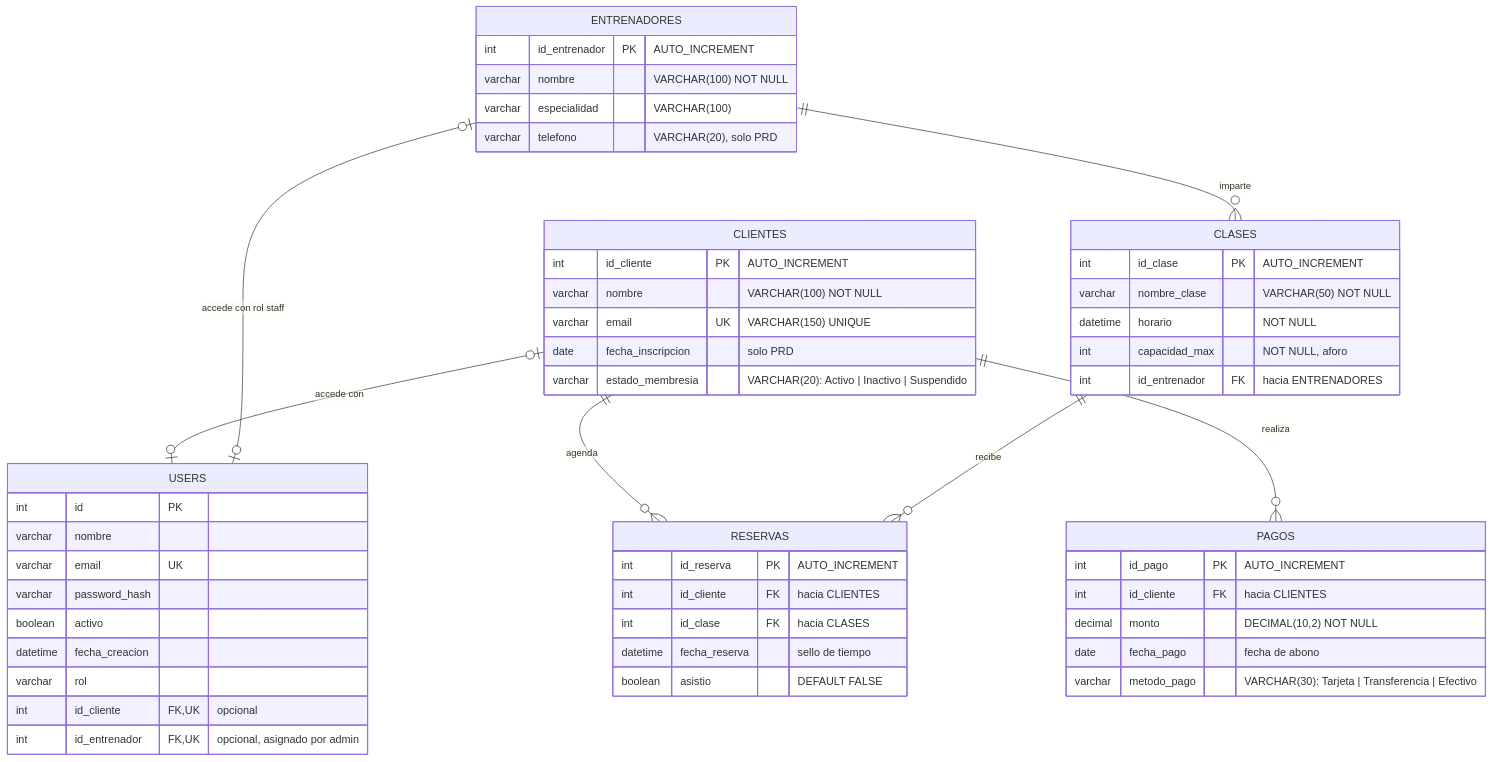
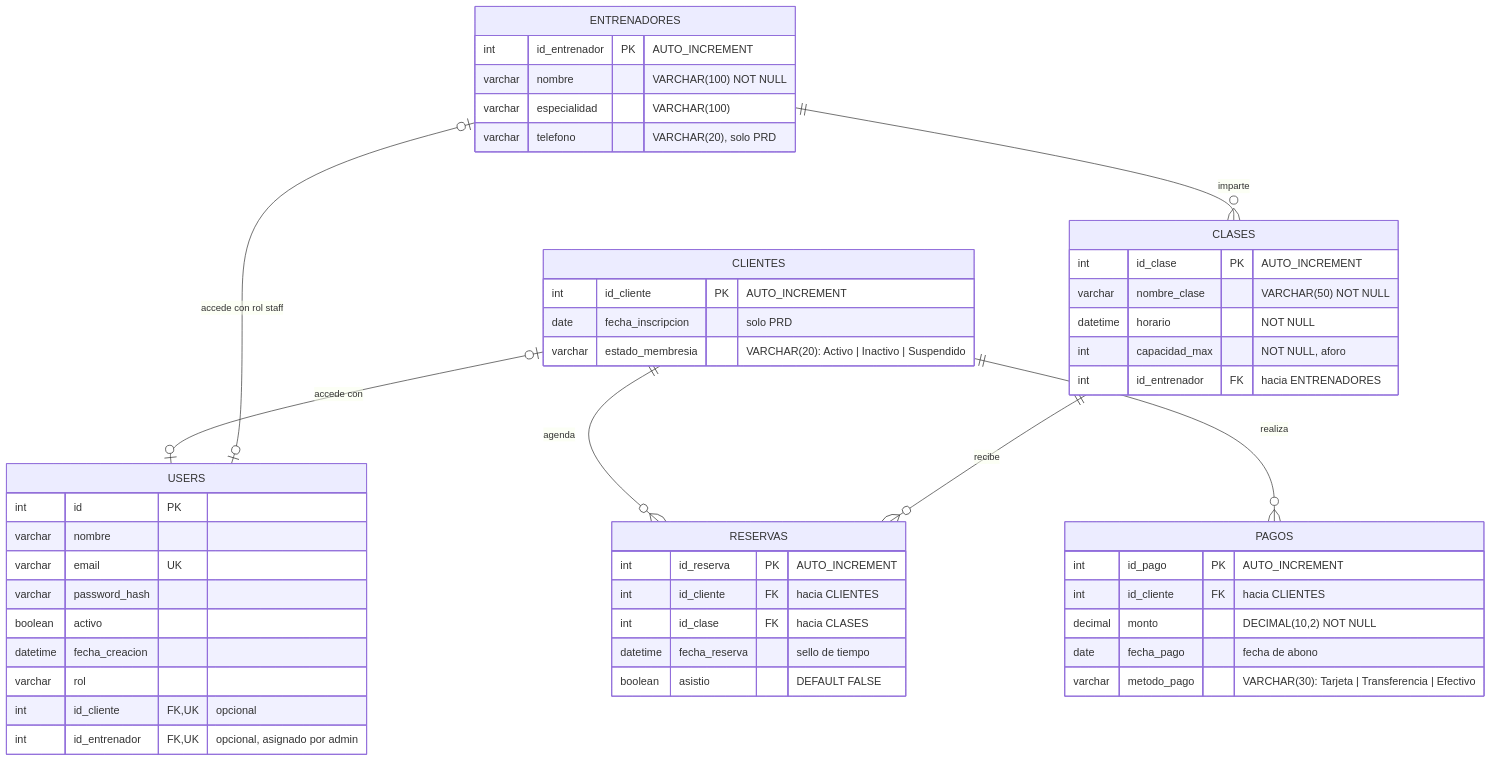
The diagram in docs/EDR_DIAGRAM.md (IA-P1-BCN/g1-python-crud-api), drawn with Mermaid before and after one commit. The commit also changed other lines of this file and 1 other file, not shown here.

Commit message:
docs(er): el diagrama y el diccionario reflejan la identidad solo en users (0.5)

````diff
--- a/docs/EDR_DIAGRAM.md
+++ b/docs/EDR_DIAGRAM.md
@@ -8,59 +11,57 @@
 ```mermaid
 erDiagram
     CLIENTES |o--o| USERS : "accede con"
     ENTRENADORES |o--o| USERS : "accede con rol staff"
     USERS {
         int id PK
         varchar nombre
         varchar email UK
         varchar password_hash
         boolean activo
         datetime fecha_creacion
         varchar rol
         int id_cliente FK,UK "opcional"
         int id_entrenador FK,UK "opcional, asignado por admin"
     }
     CLIENTES ||--o{ PAGOS : "realiza"
     CLIENTES ||--o{ RESERVAS : "agenda"
     CLASES ||--o{ RESERVAS : "recibe"
     ENTRENADORES ||--o{ CLASES : "imparte"
 
     CLIENTES {
         int id_cliente PK "AUTO_INCREMENT"
-        varchar nombre "VARCHAR(100) NOT NULL"
-        varchar email UK "VARCHAR(150) UNIQUE"
         date fecha_inscripcion "solo PRD"
         varchar estado_membresia "VARCHAR(20): Activo | Inactivo | Suspendido"
     }
 
     ENTRENADORES {
         int id_entrenador PK "AUTO_INCREMENT"
         varchar nombre "VARCHAR(100) NOT NULL"
         varchar especialidad "VARCHAR(100)"
         varchar telefono "VARCHAR(20), solo PRD"
     }
 
     CLASES {
         int id_clase PK "AUTO_INCREMENT"
         varchar nombre_clase "VARCHAR(50) NOT NULL"
         datetime horario "NOT NULL"
         int capacidad_max "NOT NULL, aforo"
         int id_entrenador FK "hacia ENTRENADORES"
     }
 
     RESERVAS {
         int id_reserva PK "AUTO_INCREMENT"
         int id_cliente FK "hacia CLIENTES"
         int id_clase FK "hacia CLASES"
         datetime fecha_reserva "sello de tiempo"
         boolean asistio "DEFAULT FALSE"
     }
 
     PAGOS {
         int id_pago PK "AUTO_INCREMENT"
         int id_cliente FK "hacia CLIENTES"
         decimal monto "DECIMAL(10,2) NOT NULL"
         date fecha_pago "fecha de abono"
         varchar metodo_pago "VARCHAR(30): Tarjeta | Transferencia | Efectivo"
     }
 ```
````
